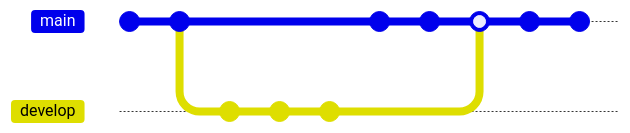
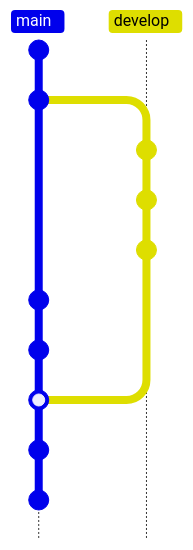
Before and after one commit to PasseRR/passerr.github.io: the second of 12 diagrams in posts/2023/s3/2023-08-03-mermaid-gitgraph.md, drawn with Mermaid. The commit also changed other lines of this file and 3 other files, not shown here. Commit ids are hidden.

Commit message:
mermaid修改

````diff
--- a/posts/2023/s3/2023-08-03-mermaid-gitgraph.md
+++ b/posts/2023/s3/2023-08-03-mermaid-gitgraph.md
@@ -44,15 +44,15 @@
 ```mermaid
-gitGraph
+gitGraph TB:
   commit
   commit
   branch develop
   commit
   commit
   commit
   checkout main
   commit
   commit
   merge develop
   commit
   commit
 ```
````
